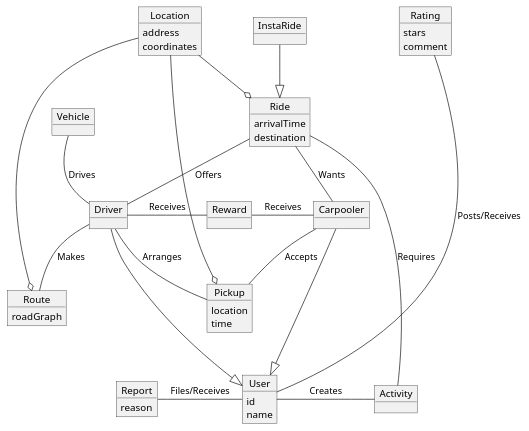
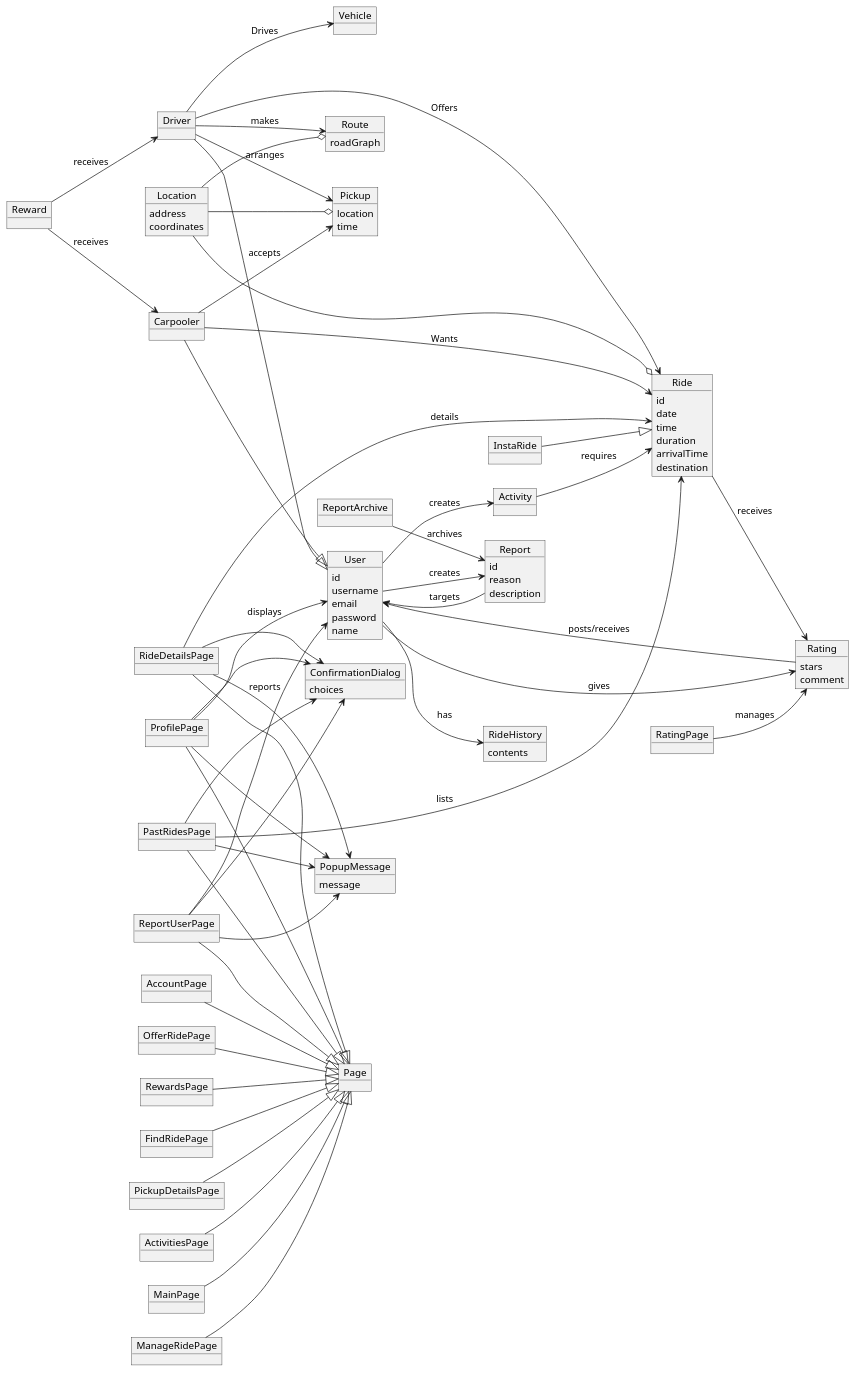
Before and after one commit to YannisRavasopoulos/ProjectSD_S6: the diagram in reports/uml/domain-model.plantuml, drawn with PlantUML. The commit also changed 14 other files, not shown here.

```diff
--- a/reports/uml/domain-model.plantuml
+++ b/reports/uml/domain-model.plantuml
@@ -1,76 +1,89 @@
 @startuml
+left to right direction
+
 object User {
     id
+    username
+    email
+    password
     name
 }
 
 object Driver {
 }
 
-Driver --down|> User
+Driver --|> User
+
+object Carpooler {
+}
+
+Carpooler --|> User
+
+object Ride {
+    id
+    date
+    time
+    duration
+    arrivalTime
+    destination
+}
 
 object Vehicle {
 }
 
-Driver --up Vehicle: "Drives"
+Driver --> Vehicle : "Drives"
 
-object Carpooler {
+Carpooler --> Ride : "Wants"
+Driver --> Ride : "Offers"
+
+object RideHistory {
+    contents
 }
 
-Carpooler --down|> User
-
-object Ride {
-    arrivalTime
-    destination
-}
-
-Carpooler --up Ride: "Wants"
-
-Driver --up Ride: "Offers"
-
-Driver --right[hidden] Carpooler
-
-object Reward {
-}
-
-Reward --left Driver: "Receives"
-
-Reward --right Carpooler: "Receives"
+User --> RideHistory : "has"
 
 object Rating {
     stars
     comment
 }
 
-Ride --up[hidden] Rating
-
-Rating -- User: "Posts/Receives"
+User --> Rating : "gives"
+Ride --> Rating : "receives"
+Rating --> User : "posts/receives"
 
 object Report {
+    id
     reason
+    description
 }
 
-Report --right User: "Files/Receives"
+User --> Report : "creates"
+Report --> User : "targets"
+
+object ReportArchive {
+}
+
+ReportArchive --> Report : "archives"
 
 object Pickup {
     location
     time
 }
 
-Driver -- Pickup: "Arranges"
-Carpooler -- Pickup: "Accepts"
+Driver --> Pickup : "arranges"
+Carpooler --> Pickup : "accepts"
 
-Reward --up[hidden] Ride
-Pickup --up[hidden] Reward
+object Reward {
+}
+
+Reward --> Driver : "receives"
+Reward --> Carpooler : "receives"
 
 object Route {
     roadGraph
 }
 
-Driver -- Route: "Makes"
-
-User --up[hidden] Pickup
-User --up[hidden] Route
+Driver --> Route : "makes"
 
 object Location {
     address
@@ -82,16 +95,108 @@
 Location --o Route
 
 object Activity {
+}
 
-}
-User --right Activity: "Creates"
-
-Activity --up Ride: "Requires"
+User --> Activity : "creates"
+Activity --> Ride : "requires"
 
 object InstaRide {
-
 }
 
 InstaRide --|> Ride
 
+object ProfilePage {
+}
+
+ProfilePage --> User : "displays"
+
+object ReportUserPage {
+}
+
+ReportUserPage --> User : "reports"
+
+object PastRidesPage {
+}
+
+PastRidesPage --> Ride : "lists"
+
+object RideDetailsPage {
+}
+
+RideDetailsPage --> Ride : "details"
+
+object RatingPage {
+}
+
+RatingPage --> Rating : "manages"
+
+object PopupMessage {
+    message
+}
+
+object ConfirmationDialog {
+    choices
+}
+
+PastRidesPage --> PopupMessage
+RideDetailsPage --> PopupMessage
+ReportUserPage --> PopupMessage
+ProfilePage --> PopupMessage
+
+PastRidesPage --> ConfirmationDialog
+RideDetailsPage --> ConfirmationDialog
+ReportUserPage --> ConfirmationDialog
+ProfilePage --> ConfirmationDialog
+
+object MainPage {
+
+}
+
+object ManageRidePage {
+
+}
+
+object AccountPage {
+
+}
+
+object OfferRidePage {
+
+}
+
+object RewardsPage {
+
+}
+
+object FindRidePage {
+
+}
+
+object PickupDetailsPage {
+
+}
+
+object ActivitiesPage {
+
+}
+
+
+object Page {
+
+}
+
+MainPage --|> Page
+ManageRidePage --|> Page
+AccountPage --|> Page
+OfferRidePage --|> Page
+RewardsPage --|> Page
+FindRidePage --|> Page
+PickupDetailsPage --|> Page
+ActivitiesPage --|> Page
+PastRidesPage --|> Page
+RideDetailsPage --|> Page
+ReportUserPage --|> Page
+ProfilePage --|> Page
+
+
 @enduml
```
